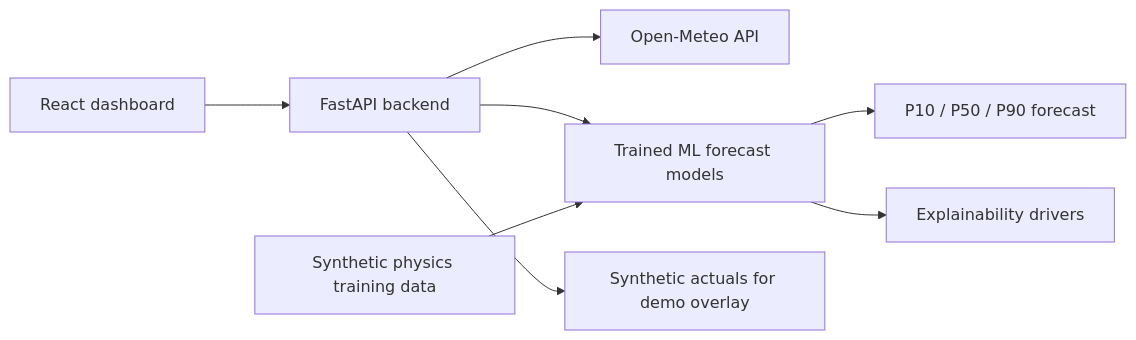
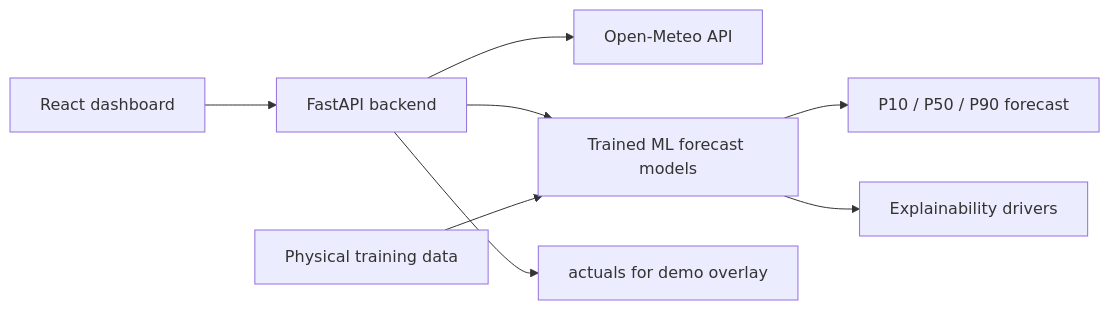
One commit to psahithi0906/SURYAVAYU-AI changed the diagram in README.md. Above: the diagram before and after it, drawn with Mermaid. The commit also changed other lines of this file, not shown here.

````diff
--- a/README.md
+++ b/README.md
@@ -19,10 +19,10 @@
 ```mermaid
 flowchart LR
   A["React dashboard"] --> B["FastAPI backend"]
   B --> C["Open-Meteo API"]
   B --> D["Trained ML forecast models"]
   D --> E["P10 / P50 / P90 forecast"]
   D --> F["Explainability drivers"]
-  H["Synthetic physics training data"] --> D
-  B --> G["Synthetic actuals for demo overlay"]
+  H["Physical training data"] --> D
+  B --> G[" actuals for demo overlay"]
 ```
````
